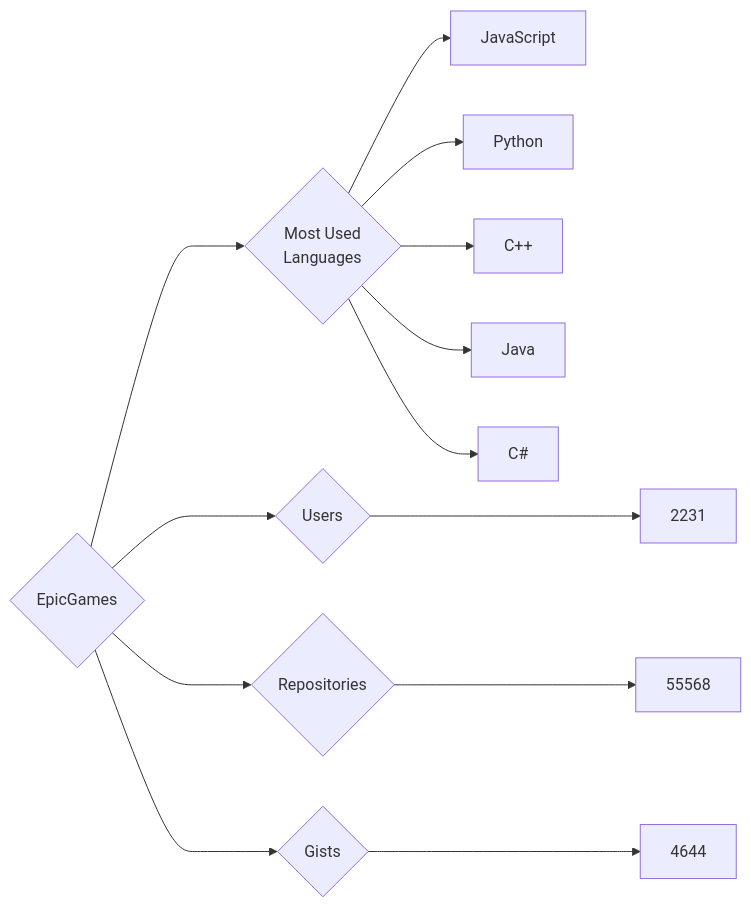
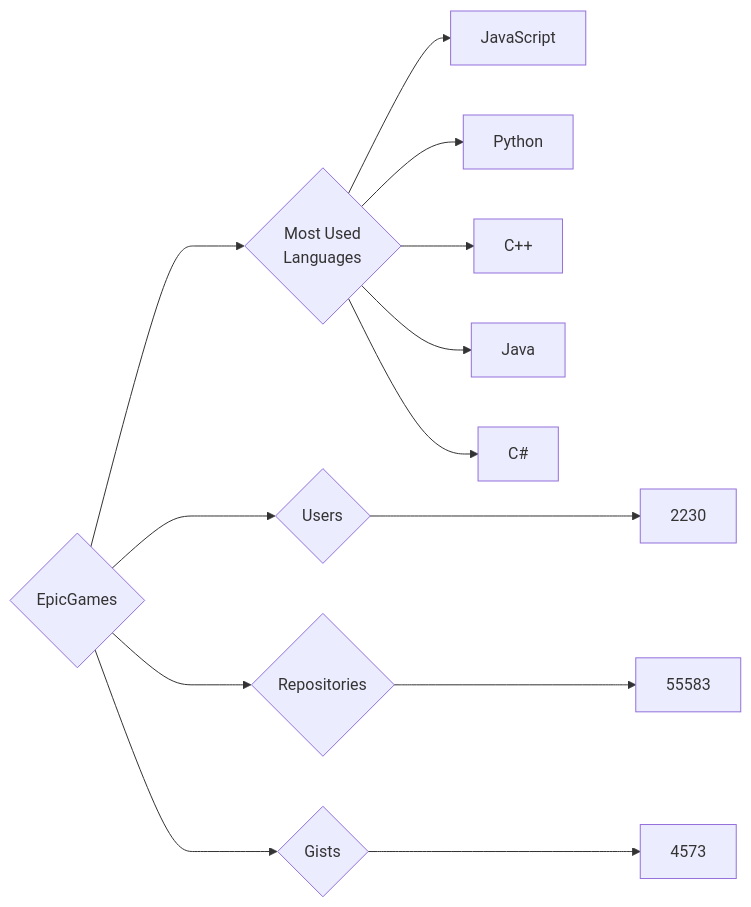
Before and after one commit to trickest/insiders: the diagram in targets/EpicGames/README.md, drawn with Mermaid. The commit also changed 955 other files, not shown here.

````diff
--- a/targets/EpicGames/README.md
+++ b/targets/EpicGames/README.md
@@ -3,13 +3,13 @@
 ```mermaid
 graph LR
 COMPANY_NAME{EpicGames}
-COMPANY_NAME ---> U{Users} ---> UN[2231]
-COMPANY_NAME ---> R{Repositories} ---> RN[55568]
-COMPANY_NAME ---> G{Gists} ---> GN[4644]
+COMPANY_NAME ---> U{Users} ---> UN[2230]
+COMPANY_NAME ---> R{Repositories} ---> RN[55583]
+COMPANY_NAME ---> G{Gists} ---> GN[4573]
 COMPANY_NAME ---> ML{Most Used<br>Languages}
 ML --> JavaScript[JavaScript]
 ML --> Python[Python]
 ML --> C++[C++]
 ML --> Java[Java]
 ML --> C#[C#]
 ```
````
